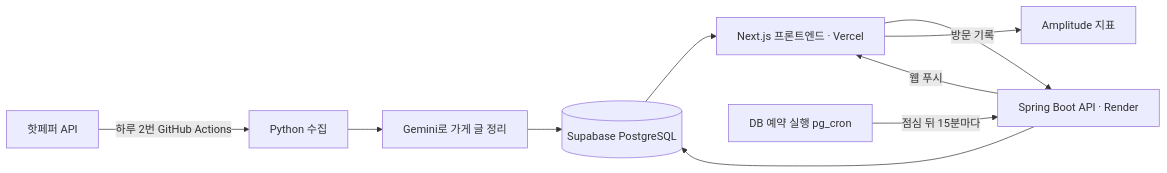
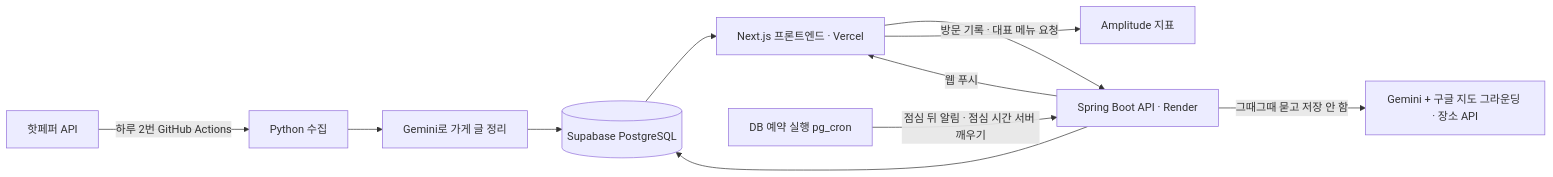
The diagram in README.md (bettsLee/osaka_lunch_app), drawn with Mermaid before and after one commit. The commit also changed other lines of this file and 1 other file, not shown here.

````diff
--- a/README.md
+++ b/README.md
@@ -42,12 +45,13 @@
 ```mermaid
 flowchart LR
   HP[핫페퍼 API] -->|하루 2번 GitHub Actions| COL[Python 수집]
   COL --> AI[Gemini로 가게 글 정리]
   AI --> DB[(Supabase PostgreSQL)]
   DB --> WEB[Next.js 프론트엔드 · Vercel]
-  WEB -->|방문 기록| API[Spring Boot API · Render]
+  WEB -->|방문 기록 · 대표 메뉴 요청| API[Spring Boot API · Render]
   API --> DB
-  CRON[DB 예약 실행 pg_cron] -->|점심 뒤 15분마다| API
+  API -->|그때그때 묻고 저장 안 함| GM[Gemini + 구글 지도 그라운딩 · 장소 API]
+  CRON[DB 예약 실행 pg_cron] -->|점심 뒤 알림 · 점심 시간 서버 깨우기| API
   API -->|웹 푸시| WEB
   WEB --> AMP[Amplitude 지표]
 ```
````
